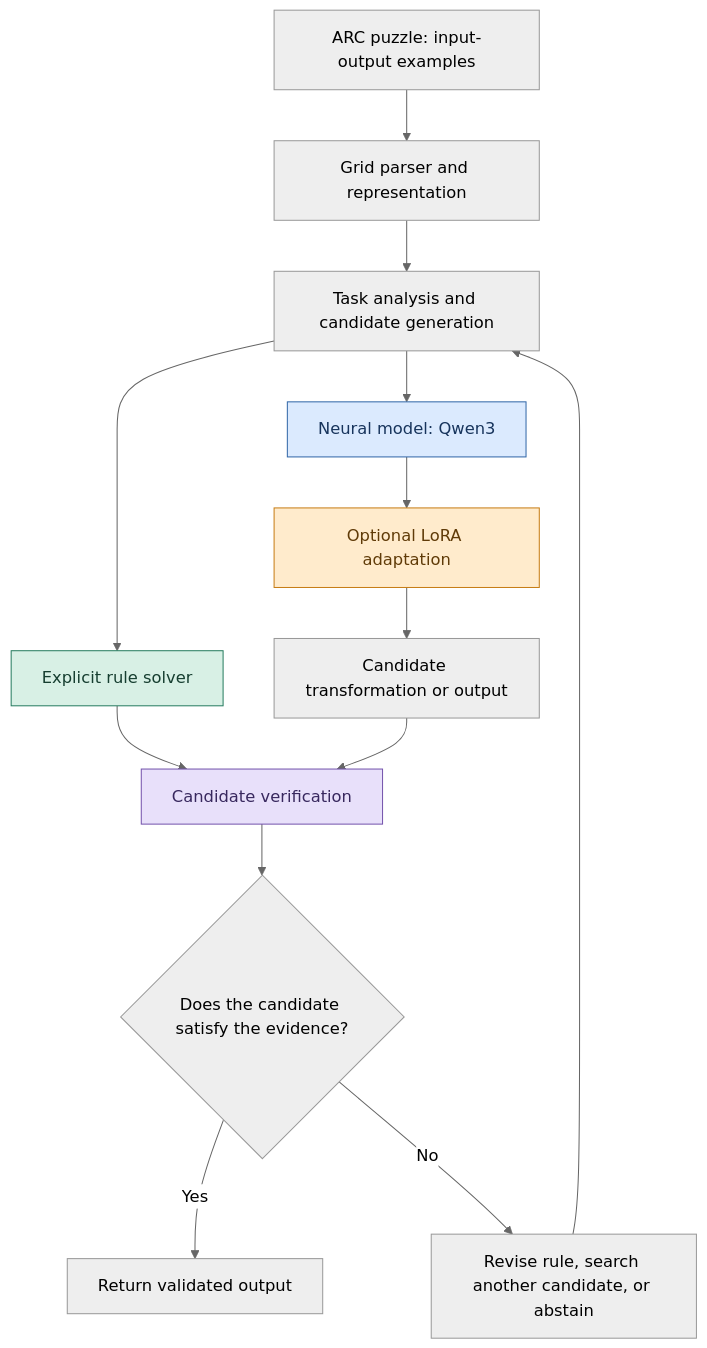
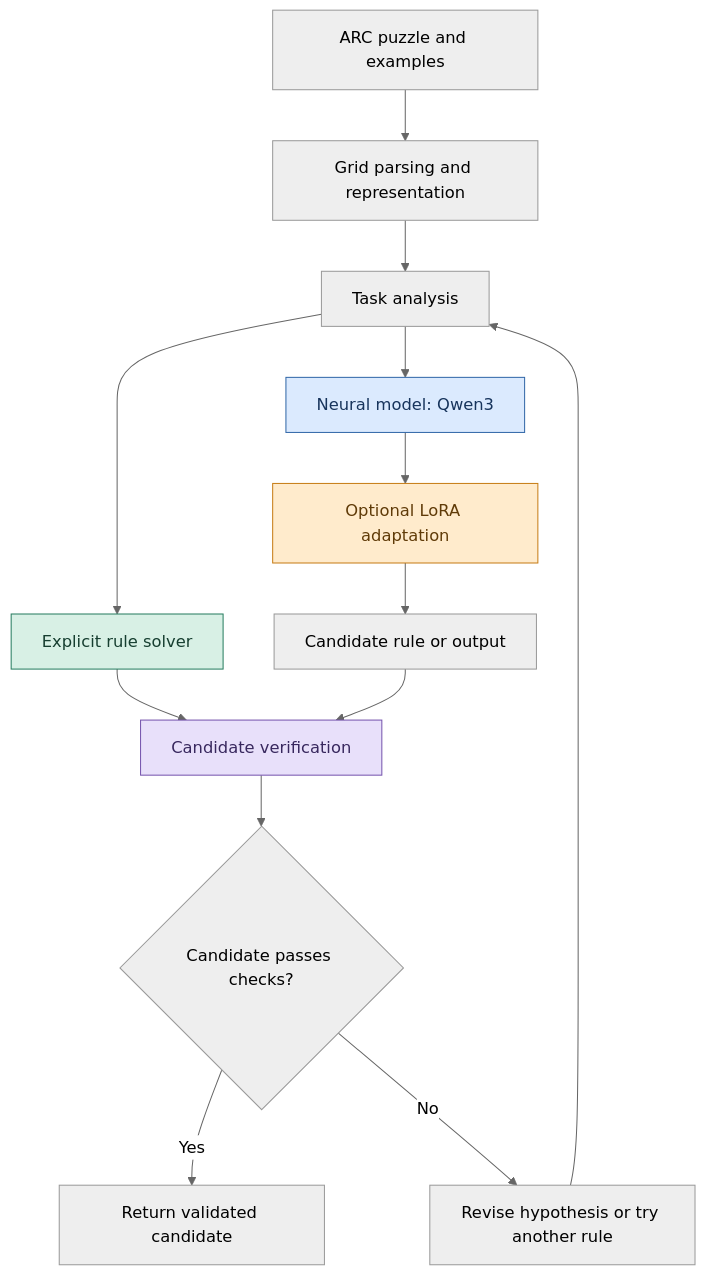
One commit to ut1776/arc-agi-2-reasoning changed the first of 4 diagrams in README.md. Above: the diagram before and after it, drawn with Mermaid (neutral theme). The commit also changed other lines of this file, not shown here.

````diff
--- a/README.md
+++ b/README.md
@@ -89,24 +87,20 @@
 ```mermaid
 flowchart TD
-    A["ARC puzzle: input-output examples"] --> B["Grid parser and representation"]
-    B --> C["Task analysis and candidate generation"]
-
+    A["ARC puzzle and examples"] --> B["Grid parsing and representation"]
+    B --> C["Task analysis"]
     C --> D["Explicit rule solver"]
     C --> E["Neural model: Qwen3"]
-
     E --> F["Optional LoRA adaptation"]
-    F --> G["Candidate transformation or output"]
-
+    F --> G["Candidate rule or output"]
     D --> H["Candidate verification"]
     G --> H
-
-    H --> I{"Does the candidate satisfy the evidence?"}
-    I -->|Yes| J["Return validated output"]
-    I -->|No| K["Revise rule, search another candidate, or abstain"]
+    H --> I{"Candidate passes checks?"}
+    I -->|Yes| J["Return validated candidate"]
+    I -->|No| K["Revise hypothesis or try another rule"]
     K --> C
 
     style D fill:#d8f0e5,stroke:#287d60,color:#163e30
     style E fill:#dbeafe,stroke:#3267a8,color:#17345c
     style F fill:#ffebcc,stroke:#c77d16,color:#603b08
     style H fill:#e8e0fa,stroke:#7554ad,color:#38285e
 ```
````
